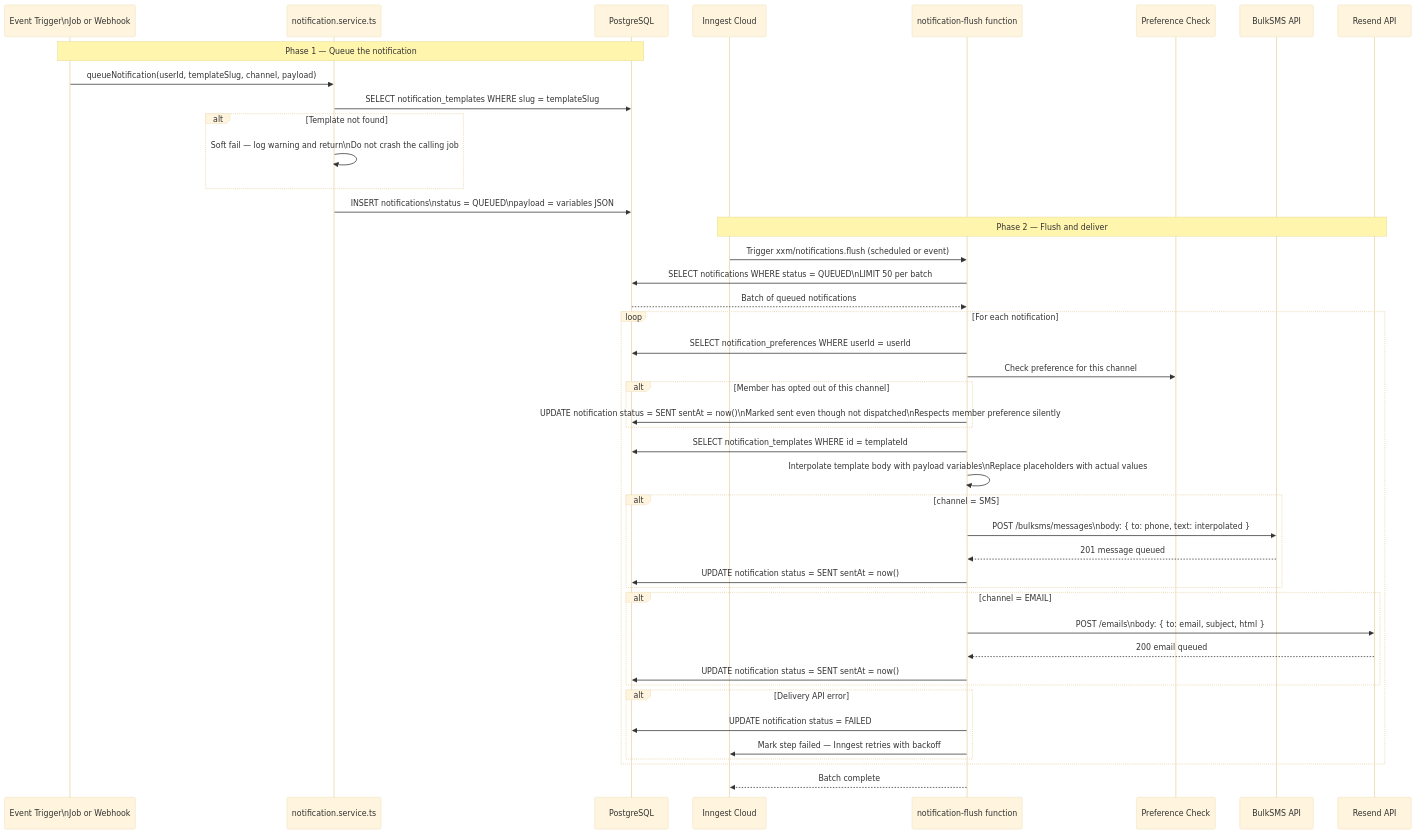
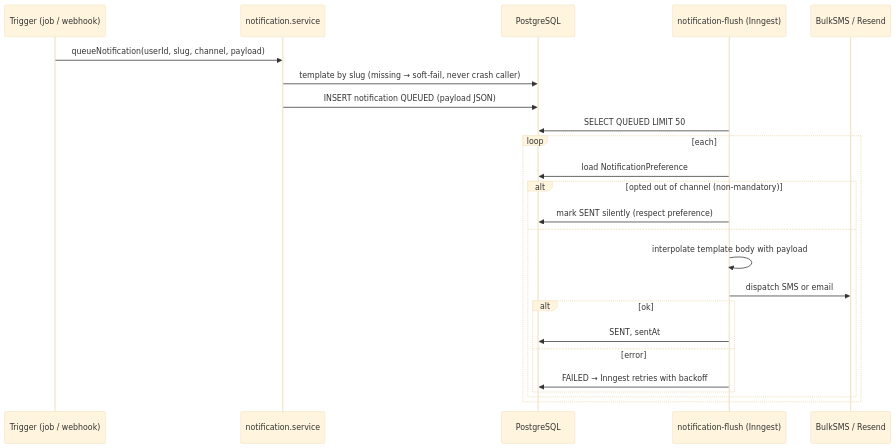
Before and after one commit to KSDRILL-SA/Xkimi-Xa-Mali: the second of 3 diagrams in docs/flows/04-notification-pipeline.md, drawn with Mermaid (base theme). The commit also changed other lines of this file and 4 other files, not shown here.

First line of the commit message:
docs: tighten flow diagrams and correct stale framing (#190)

````diff
--- a/docs/flows/04-notification-pipeline.md
+++ b/docs/flows/04-notification-pipeline.md
@@ -36,56 +26,28 @@
 ```mermaid
 sequenceDiagram
-    participant TRIGGER as Event Trigger\nJob or Webhook
-    participant SVC as notification.service.ts
+    participant T as Trigger (job / webhook)
+    participant SVC as notification.service
     participant DB as PostgreSQL
-    participant IC as Inngest Cloud
-    participant FLUSH as notification-flush function
-    participant PREF as Preference Check
-    participant BULK as BulkSMS API
-    participant RESEND as Resend API
+    participant FL as notification-flush (Inngest)
+    participant P as BulkSMS / Resend
 
-    Note over TRIGGER,DB: Phase 1 — Queue the notification
+    T->>SVC: queueNotification(userId, slug, channel, payload)
+    SVC->>DB: template by slug (missing → soft-fail, never crash caller)
+    SVC->>DB: INSERT notification QUEUED (payload JSON)
 
-    TRIGGER->>SVC: queueNotification(userId, templateSlug, channel, payload)
-    SVC->>DB: SELECT notification_templates WHERE slug = templateSlug
-    alt Template not found
-        SVC->>SVC: Soft fail — log warning and return\nDo not crash the calling job
-    end
-    SVC->>DB: INSERT notifications\nstatus = QUEUED\npayload = variables JSON
-
-    Note over IC,RESEND: Phase 2 — Flush and deliver
-
-    IC->>FLUSH: Trigger xxm/notifications.flush (scheduled or event)
-    FLUSH->>DB: SELECT notifications WHERE status = QUEUED\nLIMIT 50 per batch
-    DB-->>FLUSH: Batch of queued notifications
-
-    loop For each notification
-        FLUSH->>DB: SELECT notification_preferences WHERE userId = userId
-        FLUSH->>PREF: Check preference for this channel
-        alt Member has opted out of this channel
-            FLUSH->>DB: UPDATE notification status = SENT sentAt = now()\nMarked sent even though not dispatched\nRespects member preference silently
-        end
-
-        FLUSH->>DB: SELECT notification_templates WHERE id = templateId
-        FLUSH->>FLUSH: Interpolate template body with payload variables\nReplace placeholders with actual values
-
-        alt channel = SMS
-            FLUSH->>BULK: POST /bulksms/messages\nbody: { to: phone, text: interpolated }
-            BULK-->>FLUSH: 201 message queued
-            FLUSH->>DB: UPDATE notification status = SENT sentAt = now()
-        end
-
-        alt channel = EMAIL
-            FLUSH->>RESEND: POST /emails\nbody: { to: email, subject, html }
-            RESEND-->>FLUSH: 200 email queued
-            FLUSH->>DB: UPDATE notification status = SENT sentAt = now()
-        end
-
-        alt Delivery API error
-            FLUSH->>DB: UPDATE notification status = FAILED
-            FLUSH->>IC: Mark step failed — Inngest retries with backoff
+    FL->>DB: SELECT QUEUED LIMIT 50
+    loop each
+        FL->>DB: load NotificationPreference
+        alt opted out of channel (non-mandatory)
+            FL->>DB: mark SENT silently (respect preference)
+        else
+            FL->>FL: interpolate template body with payload
+            FL->>P: dispatch SMS or email
+            alt ok
+                FL->>DB: SENT, sentAt
+            else error
+                FL->>DB: FAILED → Inngest retries with backoff
+            end
         end
     end
-
-    FLUSH-->>IC: Batch complete
 ```
````
